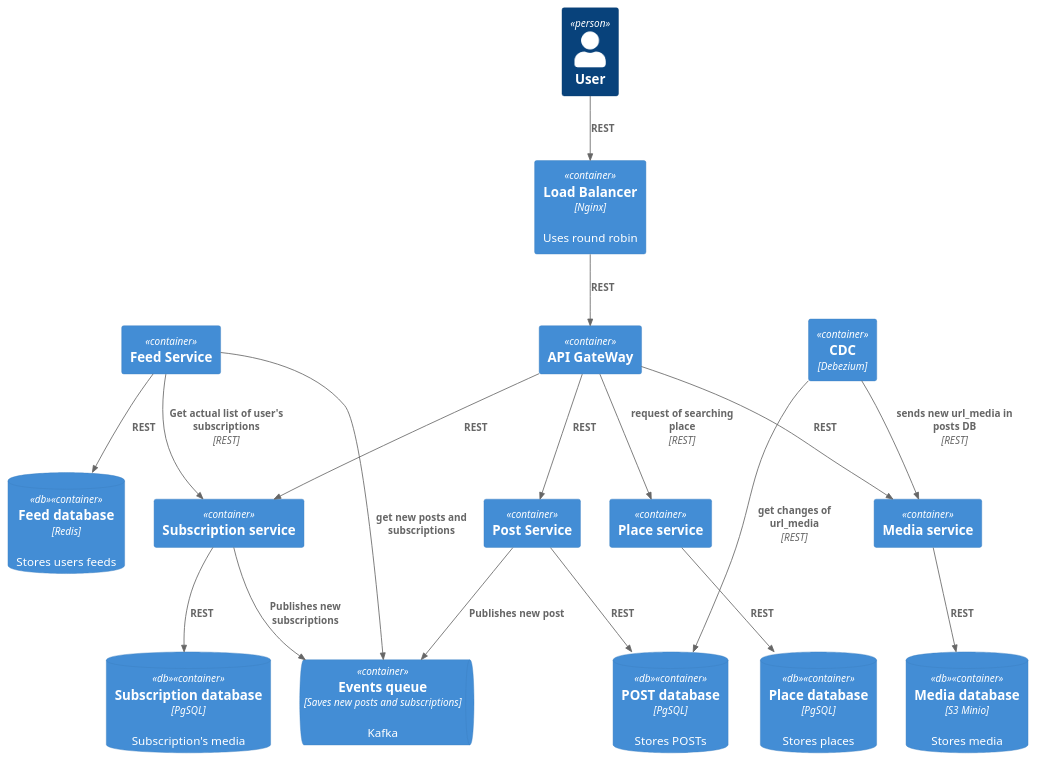
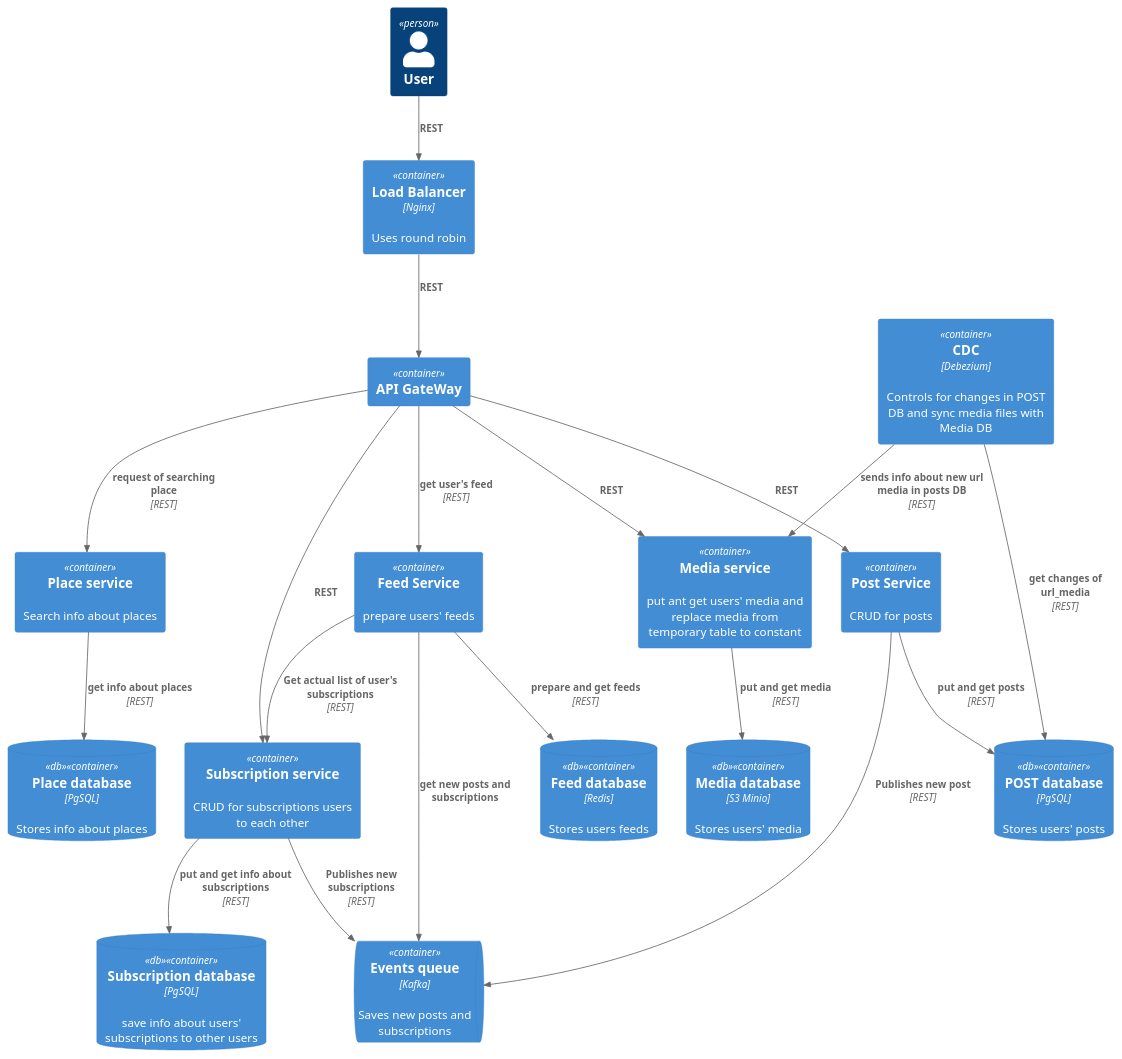
One commit to Denisz0785/social_network_system_design changed the diagram in architecture/container.puml. Above: the diagram before and after it, drawn with PlantUML. The commit also changed 6 other files, not shown here.

```diff
--- a/architecture/container.puml
+++ b/architecture/container.puml
@@ -1,42 +1,43 @@
 @startuml
 !include https://raw.githubusercontent.com/plantuml-stdlib/C4-PlantUML/master/C4_Container.puml
 
 Person(user, "User")
 Container(loadBalancer, "Load Balancer", "Nginx", "Uses round robin")
 Container(apiGateWay,"API GateWay")
 
-ContainerQueue(messageQueue, "Events queue", "Saves new posts and subscriptions","Kafka")
-Container(post,"Post Service")
-ContainerDb(postDB, "POST database", "PgSQL", "Stores POSTs",  $tags="db")
-Container(media,"Media service")
-ContainerDb(mediaDB, "Media database", "S3 Minio", "Stores media",  $tags="db")
-Container(subscription,"Subscription service")
-ContainerDb(subscriptionDB, "Subscription database", "PgSQL", "Subscription's media",  $tags="db")
-Container(place,"Place service")
-ContainerDb(placeDB, "Place database", "PgSQL", "Stores places",  $tags="db")
-Container(cdc,"CDC","Debezium")
-Container(feed,"Feed Service")
+ContainerQueue(messageQueue, "Events queue", "Kafka", "Saves new posts and subscriptions")
+Container(post,"Post Service","","CRUD for posts")
+ContainerDb(postDB, "POST database", "PgSQL", "Stores users' posts",  $tags="db")
+Container(media,"Media service","","put ant get users' media and replace media from temporary table to constant")
+ContainerDb(mediaDB, "Media database", "S3 Minio", "Stores users' media",  $tags="db")
+Container(subscription,"Subscription service","","CRUD for subscriptions users to each other")
+ContainerDb(subscriptionDB, "Subscription database", "PgSQL", "save info about users' subscriptions to other users",  $tags="db")
+Container(place,"Place service","","Search info about places")
+ContainerDb(placeDB, "Place database", "PgSQL", "Stores info about places",  $tags="db")
+Container(cdc,"CDC","Debezium","Controls for changes in POST DB and sync media files with Media DB")
+Container(feed,"Feed Service", "","prepare users' feeds")
 ContainerDb(feedDB, "Feed database", "Redis", "Stores users feeds",  $tags="db")
 
 Rel(user,loadBalancer,"REST")
 Rel(loadBalancer,apiGateWay,"REST")
 Rel(apiGateWay,post,"REST")
-Rel(post,postDB,"REST")
+Rel(post,postDB,"put and get posts","REST")
 Rel(apiGateWay,media,"REST")
-Rel(media,mediaDB,"REST")
+Rel(media,mediaDB,"put and get media","REST")
 Rel(apiGateWay,subscription,"REST")
-Rel(subscription,subscriptionDB,"REST")
+Rel(subscription,subscriptionDB,"put and get info about subscriptions","REST")
+Rel(apiGateWay,feed,"get user's feed","REST")
 
 Rel(apiGateWay,place,"request of searching place","REST")
-Rel(place,placeDB,"REST")
+Rel(place,placeDB,"get info about places","REST")
 Rel(cdc,postDB,"get changes of url_media","REST")
-Rel(cdc,media,"sends new url_media in posts DB","REST")
-Rel(feed,feedDB,"REST")
+Rel(cdc,media,"sends info about new url media in posts DB","REST")
+Rel(feed,feedDB,"prepare and get feeds","REST")
 Rel(feed,subscription,"Get actual list of user's subscriptions","REST")
 
 
-Rel(post, messageQueue, "Publishes new post")
-Rel(subscription, messageQueue, "Publishes new subscriptions")
+Rel(post, messageQueue, "Publishes new post","REST")
+Rel(subscription, messageQueue, "Publishes new subscriptions","REST")
 Rel(feed,messageQueue, "get new posts and subscriptions")
 
 @enduml
```
